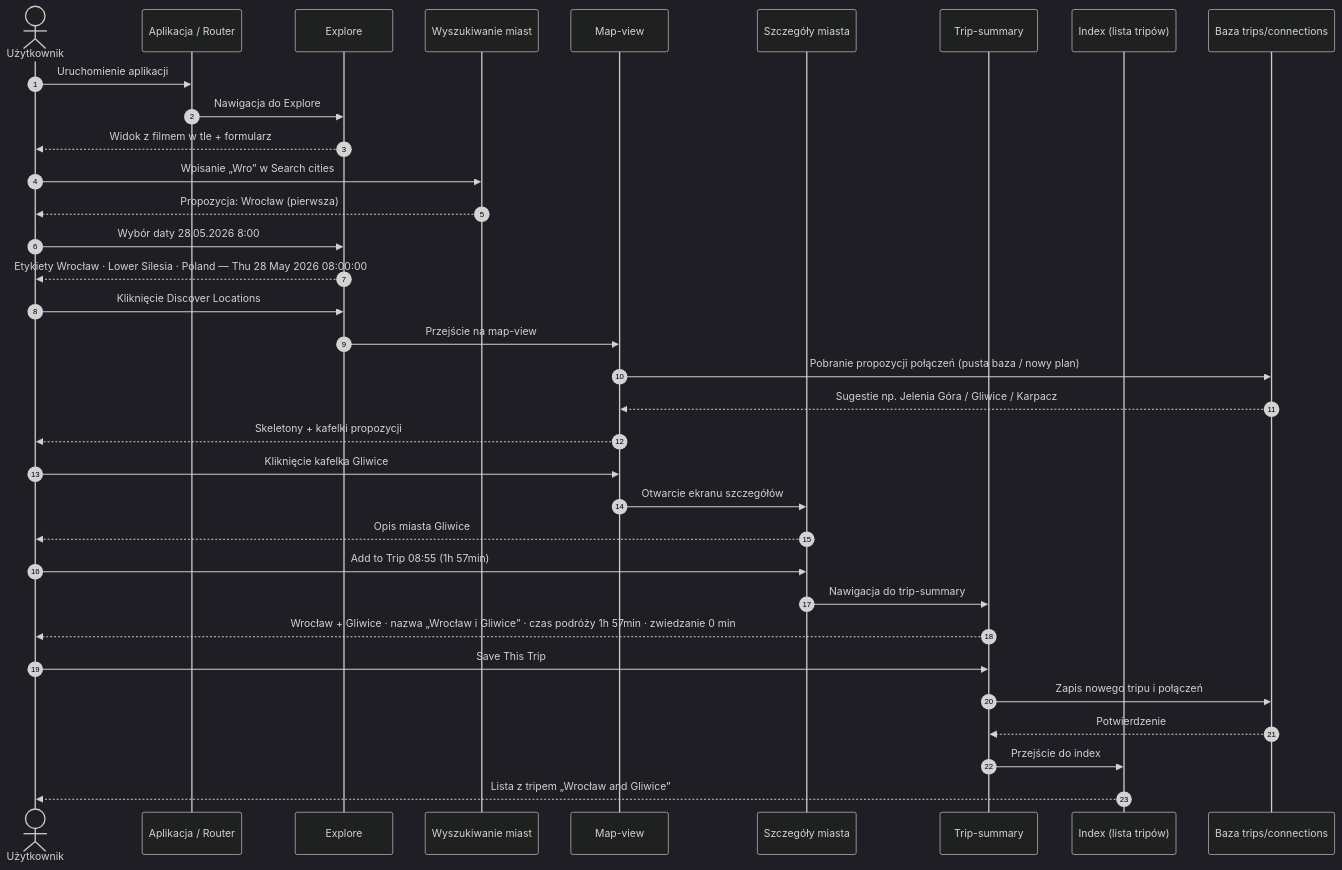
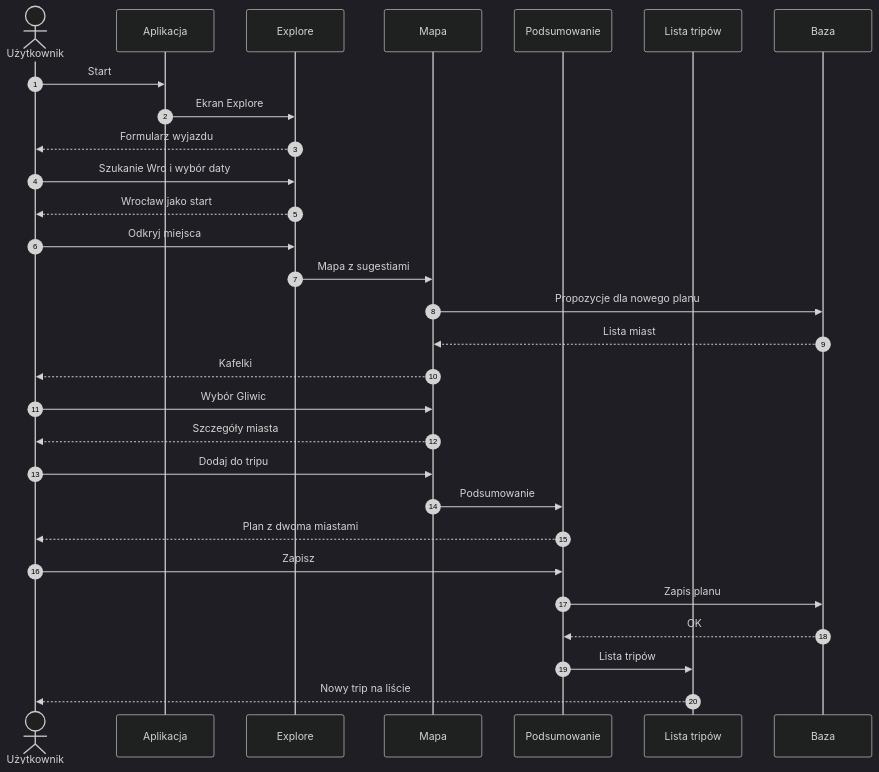
The fourth of 5 diagrams in README.md (Skiperpol/frontend-briskly), drawn with Mermaid (dark theme) before and after one commit. The commit also changed other lines of this file and 1 other file, not shown here.

Commit message:
feat: Add BPMN diagram to README.md illustrating user interaction during trip creation, and include the diagram file

````diff
--- a/README.md
+++ b/README.md
@@ -412,43 +415,37 @@
 ```mermaid
 sequenceDiagram
     autonumber
     actor U as Użytkownik
-    participant App as Aplikacja / Router
+    participant App as Aplikacja
     participant Exp as Explore
-    participant Geo as Wyszukiwanie miast
-    participant Map as Map-view
-    participant Det as Szczegóły miasta
-    participant Sum as Trip-summary
-    participant Idx as Index (lista tripów)
-    participant DB as Baza trips/connections
+    participant Map as Mapa
+    participant Sum as Podsumowanie
+    participant Idx as Lista tripów
+    participant DB as Baza
 
-    U->>App: Uruchomienie aplikacji
-    App->>Exp: Nawigacja do Explore
-    Exp-->>U: Widok z filmem w tle + formularz
+    U->>App: Start
+    App->>Exp: Ekran Explore
+    Exp-->>U: Formularz wyjazdu
 
-    U->>Geo: Wpisanie „Wro” w Search cities
-    Geo-->>U: Propozycja: Wrocław (pierwsza)
+    U->>Exp: Szukanie Wro i wybór daty
+    Exp-->>U: Wrocław jako start
 
-    U->>Exp: Wybór daty 28.05.2026 8:00
-    Exp-->>U: Etykiety Wrocław · Lower Silesia · Poland — Thu 28 May 2026 08:00:00
+    U->>Exp: Odkryj miejsca
+    Exp->>Map: Mapa z sugestiami
+    Map->>DB: Propozycje dla nowego planu
+    DB-->>Map: Lista miast
+    Map-->>U: Kafelki
 
-    U->>Exp: Kliknięcie Discover Locations
-    Exp->>Map: Przejście na map-view
-    Map->>DB: Pobranie propozycji połączeń (pusta baza / nowy plan)
-    DB-->>Map: Sugestie np. Jelenia Góra / Gliwice / Karpacz
-    Map-->>U: Skeletony + kafelki propozycji
+    U->>Map: Wybór Gliwic
+    Map-->>U: Szczegóły miasta
 
-    U->>Map: Kliknięcie kafelka Gliwice
-    Map->>Det: Otwarcie ekranu szczegółów
-    Det-->>U: Opis miasta Gliwice
+    U->>Map: Dodaj do tripu
+    Map->>Sum: Podsumowanie
+    Sum-->>U: Plan z dwoma miastami
 
-    U->>Det: Add to Trip 08:55 (1h 57min)
-    Det->>Sum: Nawigacja do trip-summary
-    Sum-->>U: Wrocław + Gliwice · nazwa „Wrocław i Gliwice” · czas podróży 1h 57min · zwiedzanie 0 min
-
-    U->>Sum: Save This Trip
-    Sum->>DB: Zapis nowego tripu i połączeń
-    DB-->>Sum: Potwierdzenie
-    Sum->>Idx: Przejście do index
-    Idx-->>U: Lista z tripem „Wrocław and Gliwice”
+    U->>Sum: Zapisz
+    Sum->>DB: Zapis planu
+    DB-->>Sum: OK
+    Sum->>Idx: Lista tripów
+    Idx-->>U: Nowy trip na liście
 ```
````
